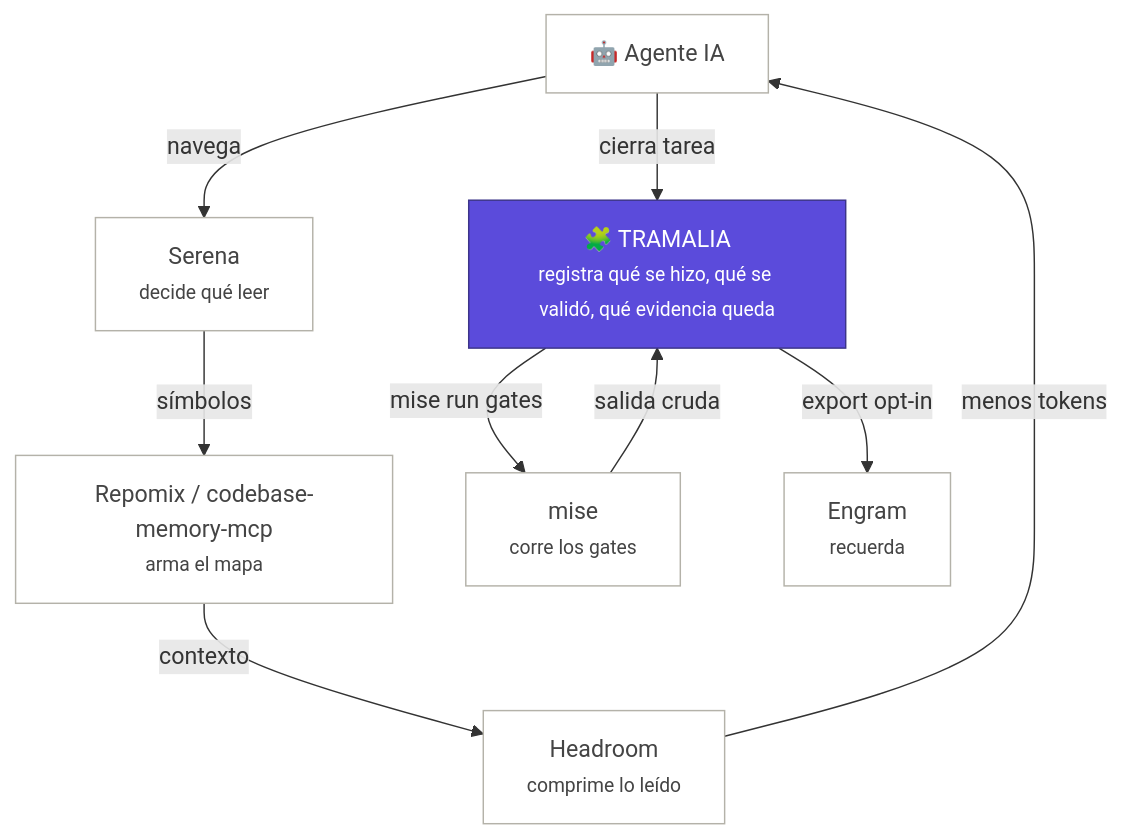
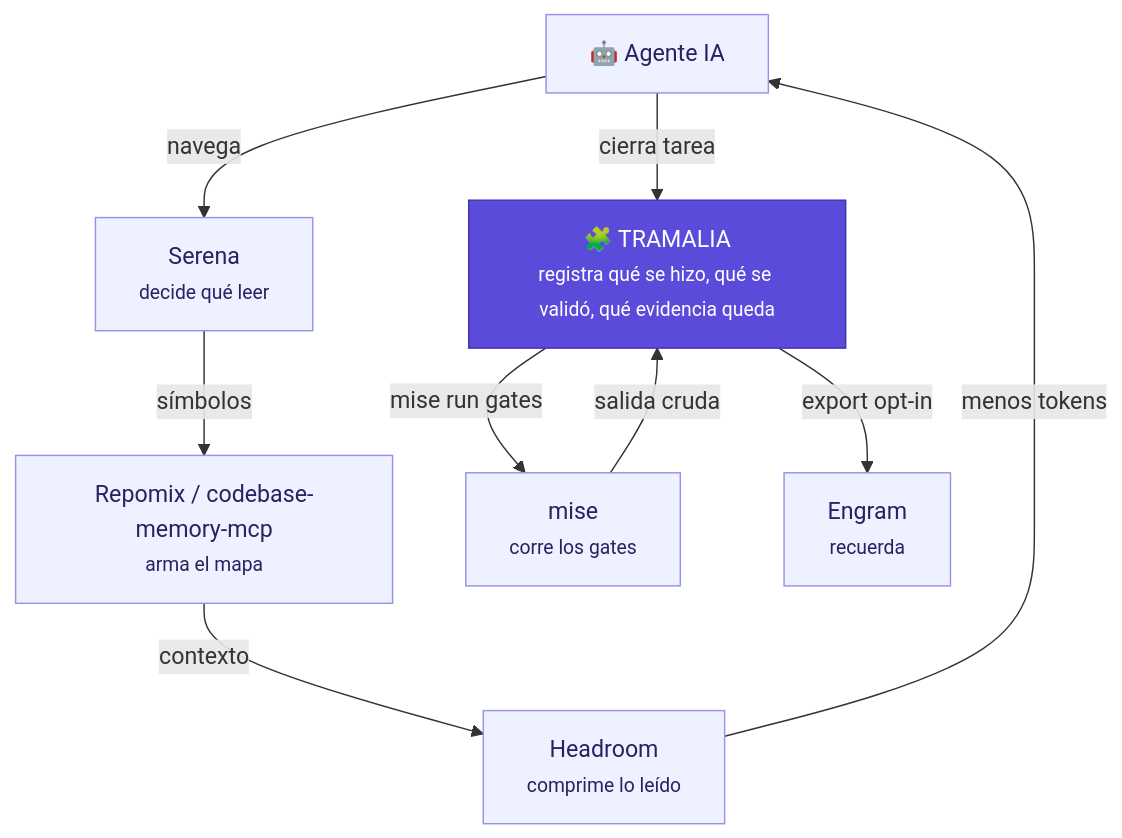
One commit to MscottB/tramalia changed the second of 2 diagrams in docs/interop.md. Above: the diagram before and after it, drawn with Mermaid. The commit also changed 6 other files, not shown here.

First line of the commit message:
docs(mkdocs): diagramas más claros y legibles

````diff
--- a/docs/interop.md
+++ b/docs/interop.md
@@ -42,22 +42,22 @@
 ```mermaid
 flowchart TB
-    classDef core fill:#5b4bdb,stroke:#3c3489,color:#fff;
-    classDef ext fill:#fff,stroke:#b4b2a9,color:#444;
+    classDef core fill:#5b4bdb,stroke:#4335b0,color:#ffffff;
+    classDef ext fill:#eef1ff,stroke:#9a92e8,color:#2a2160;
 
     AG["🤖 Agente IA"]:::ext
     SR["Serena<br/><small>decide qué leer</small>"]:::ext
     RP["Repomix / codebase-memory-mcp<br/><small>arma el mapa</small>"]:::ext
     HR["Headroom<br/><small>comprime lo leído</small>"]:::ext
     MI["mise<br/><small>corre los gates</small>"]:::ext
     EN["Engram<br/><small>recuerda</small>"]:::ext
     T["🧩 TRAMALIA<br/><small>registra qué se hizo, qué se validó, qué evidencia queda</small>"]:::core
 
     AG -->|navega| SR
     SR -->|símbolos| RP
     RP -->|contexto| HR
     HR -->|menos tokens| AG
     AG -->|cierra tarea| T
     T -->|mise run gates| MI
     MI -->|salida cruda| T
     T -->|export opt-in| EN
 ```
````
